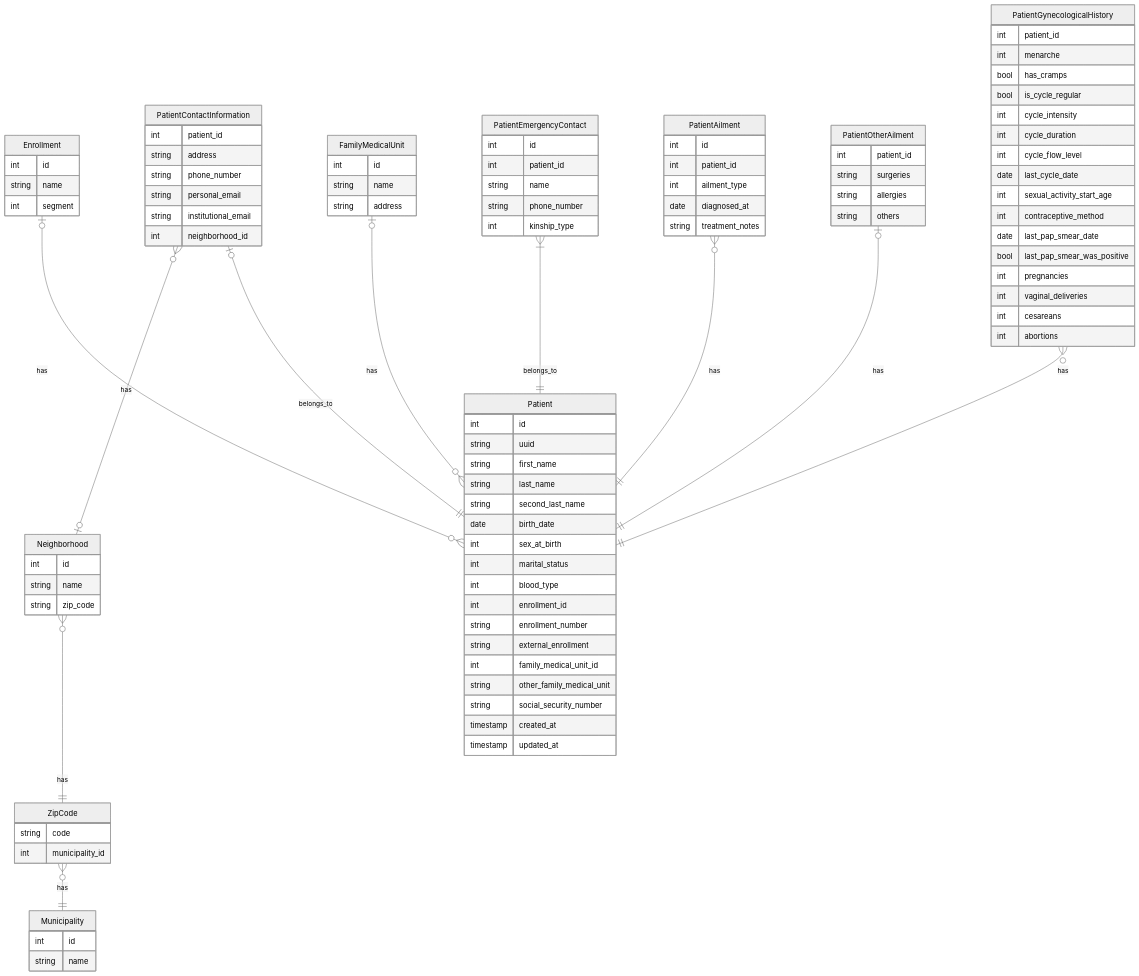
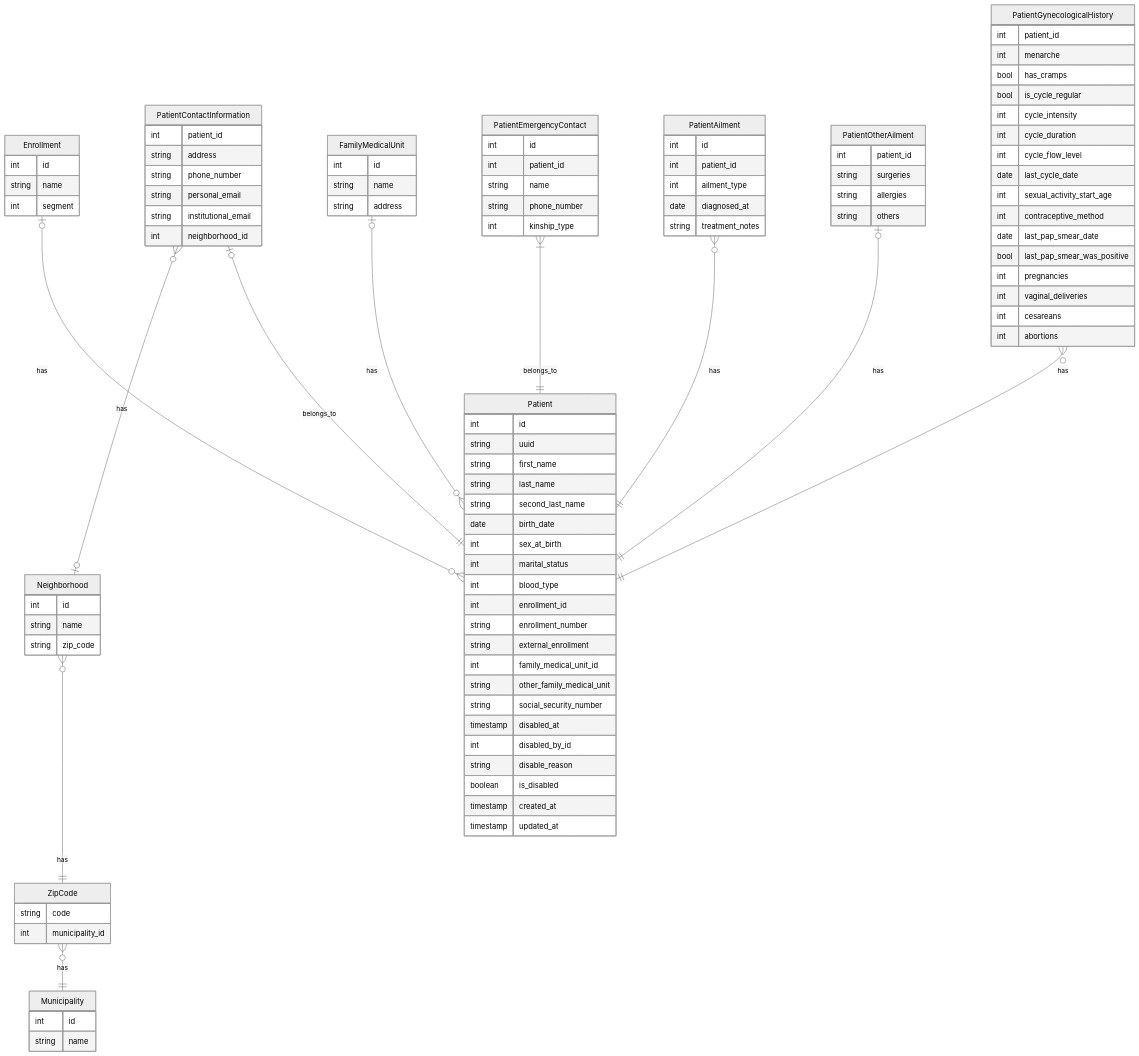
Before and after one commit to joseju77/vitalease: the diagram in docs/features/patient-data-model.md, drawn with Mermaid (neutral theme). The commit also changed other lines of this file and 5 other files, not shown here.

```diff
--- a/docs/features/patient-data-model.md
+++ b/docs/features/patient-data-model.md
@@ -339,6 +375,10 @@
         int family_medical_unit_id
         string other_family_medical_unit
         string social_security_number
+        timestamp disabled_at
+        int disabled_by_id
+        string disable_reason
+        boolean is_disabled
         timestamp created_at
         timestamp updated_at
     }
```
